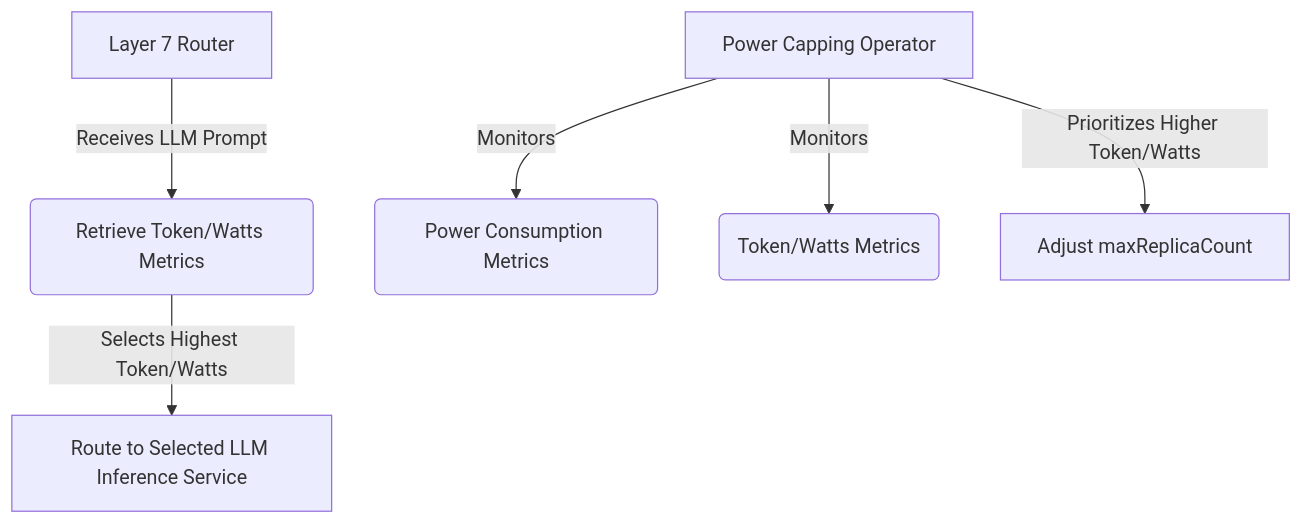
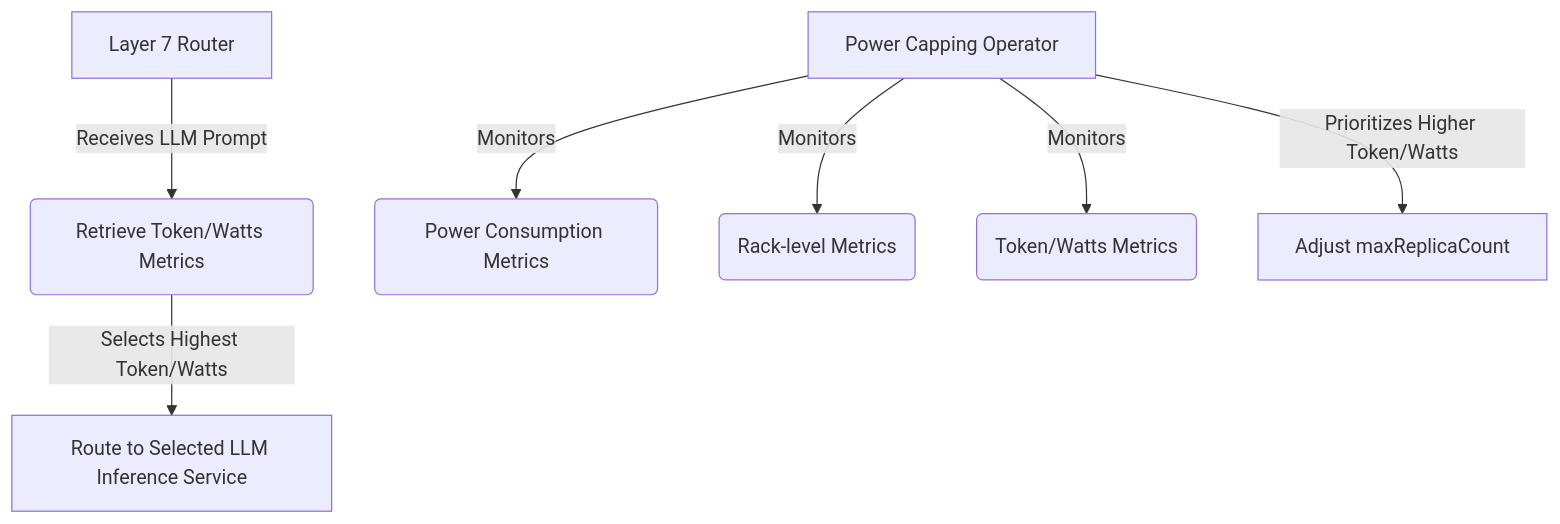
One commit to Climatik-Project/Climatik-Project changed the seventh of 11 diagrams in README.md. Above: the diagram before and after it, drawn with Mermaid. The commit also changed other lines of this file, not shown here.

Commit message:
update readme with rack aware algorithms

````diff
--- a/README.md
+++ b/README.md
@@ -590,8 +740,9 @@
 ```mermaid
 graph TD
 A[Layer 7 Router] -->|Receives LLM Prompt| B(Retrieve Token/Watts Metrics)
 B -->|Selects Highest Token/Watts| C[Route to Selected LLM Inference Service]
 D[Power Capping Operator] -->|Monitors| E(Power Consumption Metrics)
-D -->|Monitors| F(Token/Watts Metrics)
-D -->|Prioritizes Higher Token/Watts| G[Adjust maxReplicaCount]
+D -->|Monitors| F(Rack-level Metrics)
+D -->|Monitors| G(Token/Watts Metrics)
+D -->|Prioritizes Higher Token/Watts| H[Adjust maxReplicaCount]
 ```
````
